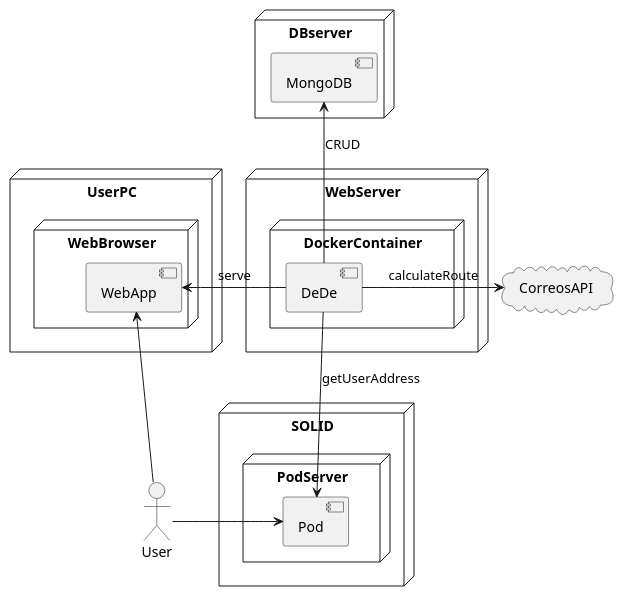
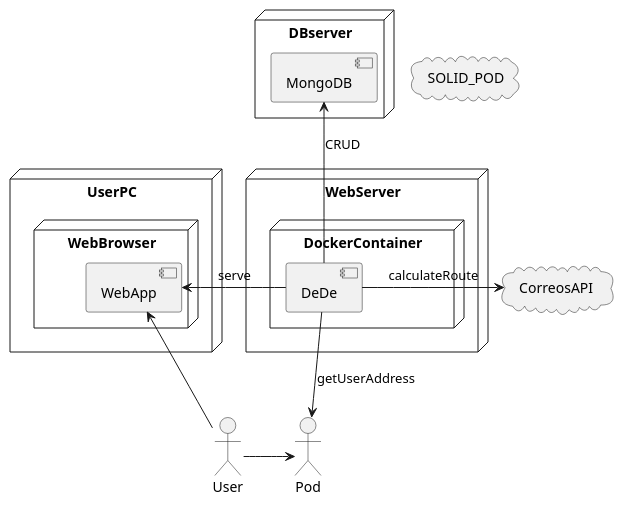
One commit to Arquisoft/dede_en1b changed the diagram in docs/07_deployment_view.adoc. Above: the diagram before and after it, drawn with PlantUML.

Commit message:
Changed POD from internal to cloud

```diff
--- a/docs/07_deployment_view.adoc
+++ b/docs/07_deployment_view.adoc
@@ -10,38 +10,34 @@
 [plantuml]
 ....
 @startuml 07_DeploymentView_V0
 node UserPC {
     node WebBrowser {
         component WebApp 
     }
 }
 
 node WebServer{
     node DockerContainer {
         component DeDe
     }
 }
 
-node SOLID {
-    node PodServer {
-        component Pod 
-    }
-}
+cloud SOLID_POD
 
 node DBserver {
     component MongoDB
 }
 
 actor User
 
 cloud CorreosAPI
 
 DeDe -u-> MongoDB : CRUD
 DeDe -d-> Pod : getUserAddress
 DeDe -l-> WebApp : serve
 DeDe -r-> CorreosAPI : calculateRoute
 Pod <-l- User
 WebApp <-d- User
 
 @enduml
 ....
```
